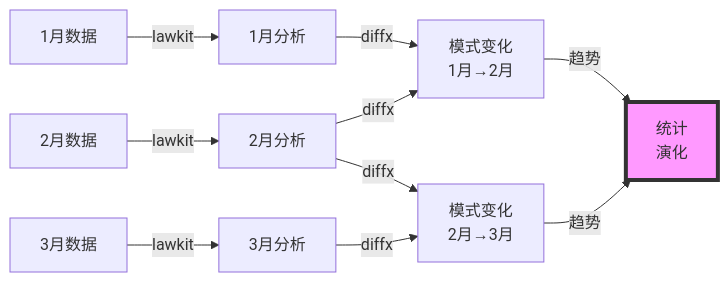
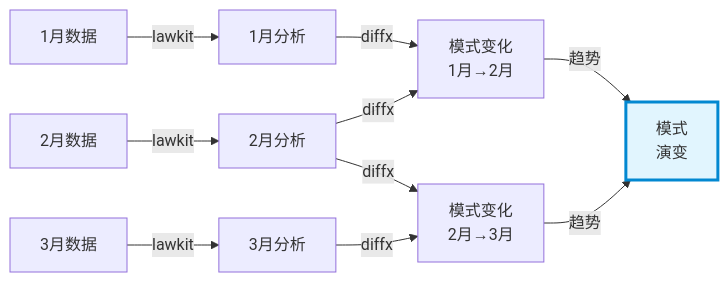
The second of 2 diagrams in README_zh.md (kako-jun/lawkit), drawn with Mermaid before and after one commit. The commit also changed other lines of this file and 2 other files, not shown here.

````diff
--- a/README_zh.md
+++ b/README_zh.md
@@ -269,16 +269,16 @@
 ```mermaid
 graph LR
     A[1月数据] -->|lawkit| B[1月分析]
     C[2月数据] -->|lawkit| D[2月分析]
     E[3月数据] -->|lawkit| F[3月分析]
     
     B -->|diffx| G[模式变化<br/>1月→2月]
     D -->|diffx| G
     D -->|diffx| H[模式变化<br/>2月→3月]
     F -->|diffx| H
     
-    G -->|趋势| I[统计<br/>演化]
+    G -->|趋势| I[模式<br/>演变]
     H -->|趋势| I
     
-    style I fill:#f9f,stroke:#333,stroke-width:4px
+    style I fill:#e1f5fe,stroke:#0288d1,stroke-width:3px
 ```
````
